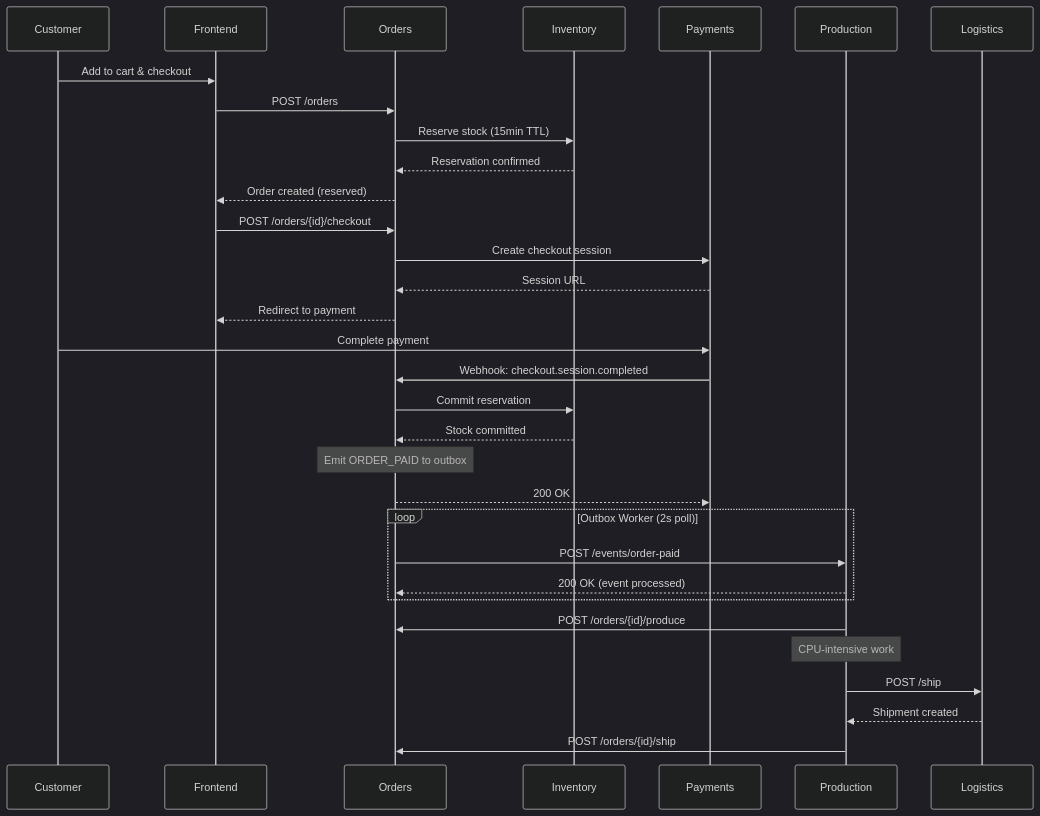
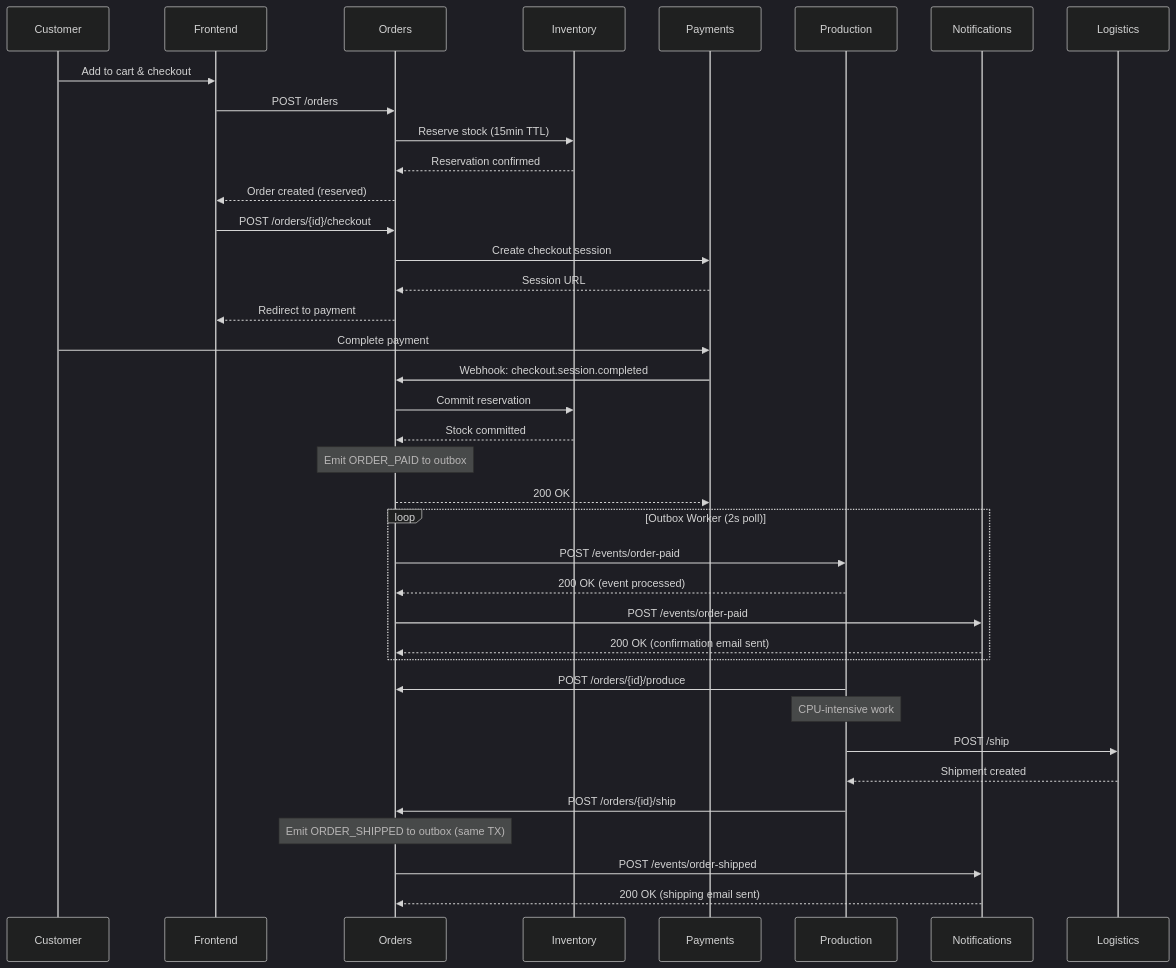
The third of 8 diagrams in docs/ARCHITECTURE.md (PolovinaD/posters-shop), drawn with Mermaid (dark theme) before and after one commit. The commit also changed other lines of this file and 12 other files, not shown here.

````diff
--- a/docs/ARCHITECTURE.md
+++ b/docs/ARCHITECTURE.md
@@ -100,42 +111,50 @@
 ```mermaid
 sequenceDiagram
     participant Customer
     participant Frontend
     participant Orders
     participant Inventory
     participant Payments
     participant Production
+    participant Notifications
     
     Customer->>Frontend: Add to cart & checkout
     Frontend->>Orders: POST /orders
     Orders->>Inventory: Reserve stock (15min TTL)
     Inventory-->>Orders: Reservation confirmed
     Orders-->>Frontend: Order created (reserved)
     
     Frontend->>Orders: POST /orders/{id}/checkout
     Orders->>Payments: Create checkout session
     Payments-->>Orders: Session URL
     Orders-->>Frontend: Redirect to payment
     
     Customer->>Payments: Complete payment
     Payments->>Orders: Webhook: checkout.session.completed
     Orders->>Inventory: Commit reservation
     Inventory-->>Orders: Stock committed
     
     Note over Orders: Emit ORDER_PAID to outbox
     
     Orders-->>Payments: 200 OK
     
     loop Outbox Worker (2s poll)
         Orders->>Production: POST /events/order-paid
         Production-->>Orders: 200 OK (event processed)
+        Orders->>Notifications: POST /events/order-paid
+        Notifications-->>Orders: 200 OK (confirmation email sent)
     end
     
     Production->>Orders: POST /orders/{id}/produce
     
     Note over Production: CPU-intensive work
     
     Production->>Logistics: POST /ship
     Logistics-->>Production: Shipment created
     Production->>Orders: POST /orders/{id}/ship
+    
+    Note over Orders: Emit ORDER_SHIPPED to outbox (same TX)
+    
+    Orders->>Notifications: POST /events/order-shipped
+    Notifications-->>Orders: 200 OK (shipping email sent)
 ```
````
